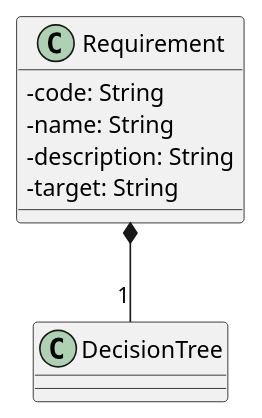
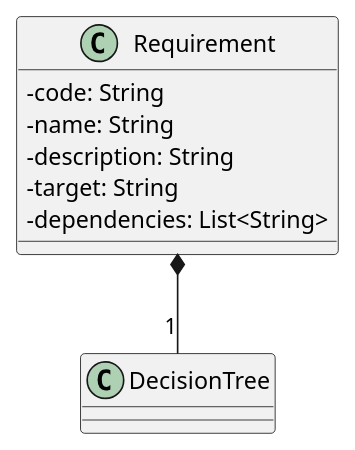
Before and after one commit to GroupRubberDuck/Documentazione: the diagram in src/PB/DocumentazioneEsterna/Specifica_Tecnica/content/uml/puml/Diagrammi_classi/Backend/Domain/Requirement.puml, drawn with PlantUML. The commit also changed 12 other files, not shown here.

```diff
--- a/src/PB/DocumentazioneEsterna/Specifica_Tecnica/content/uml/puml/Diagrammi_classi/Backend/Domain/Requirement.puml
+++ b/src/PB/DocumentazioneEsterna/Specifica_Tecnica/content/uml/puml/Diagrammi_classi/Backend/Domain/Requirement.puml
@@ -1,13 +1,14 @@
 @startuml Requirement
 skinparam linetype ortho
 skinparam classAttributeIconSize 0
 
 class Requirement {
     - code: String
     - name: String
     - description: String
     - target: String
+    - dependencies: List<String>
 }
 Requirement *-- "1" DecisionTree
 
 @enduml
```
